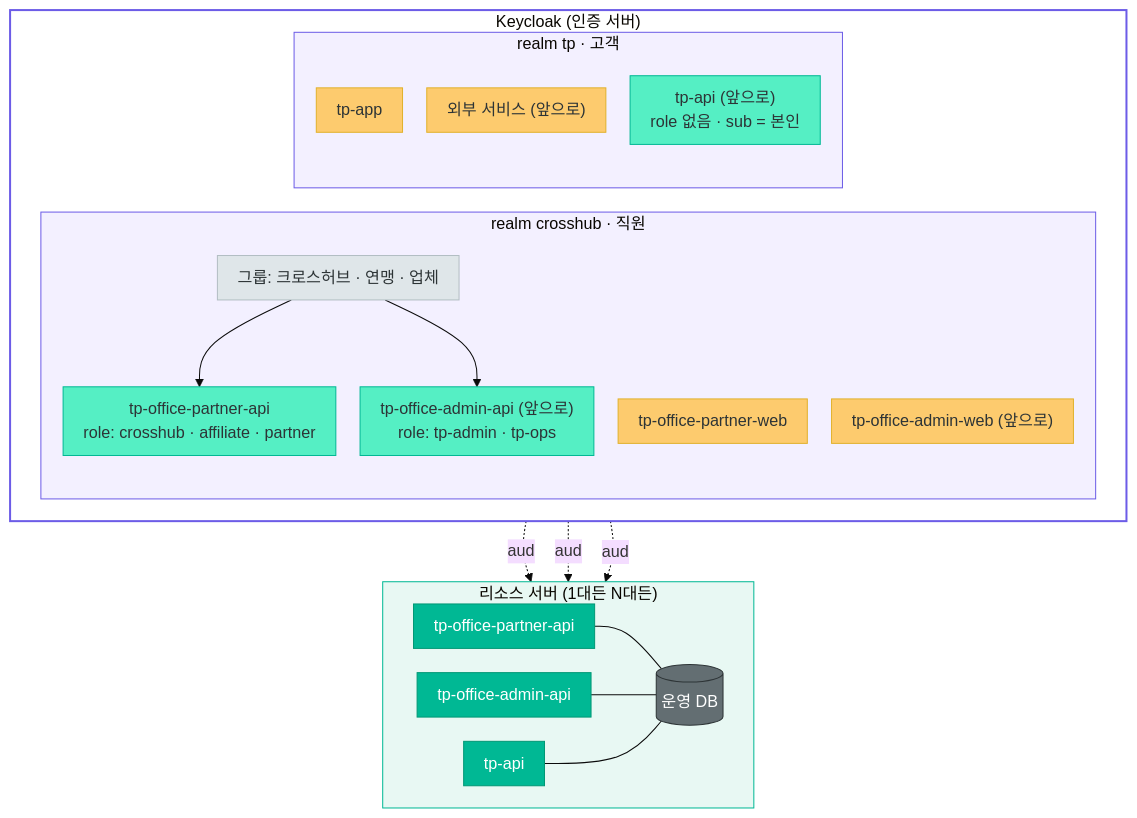
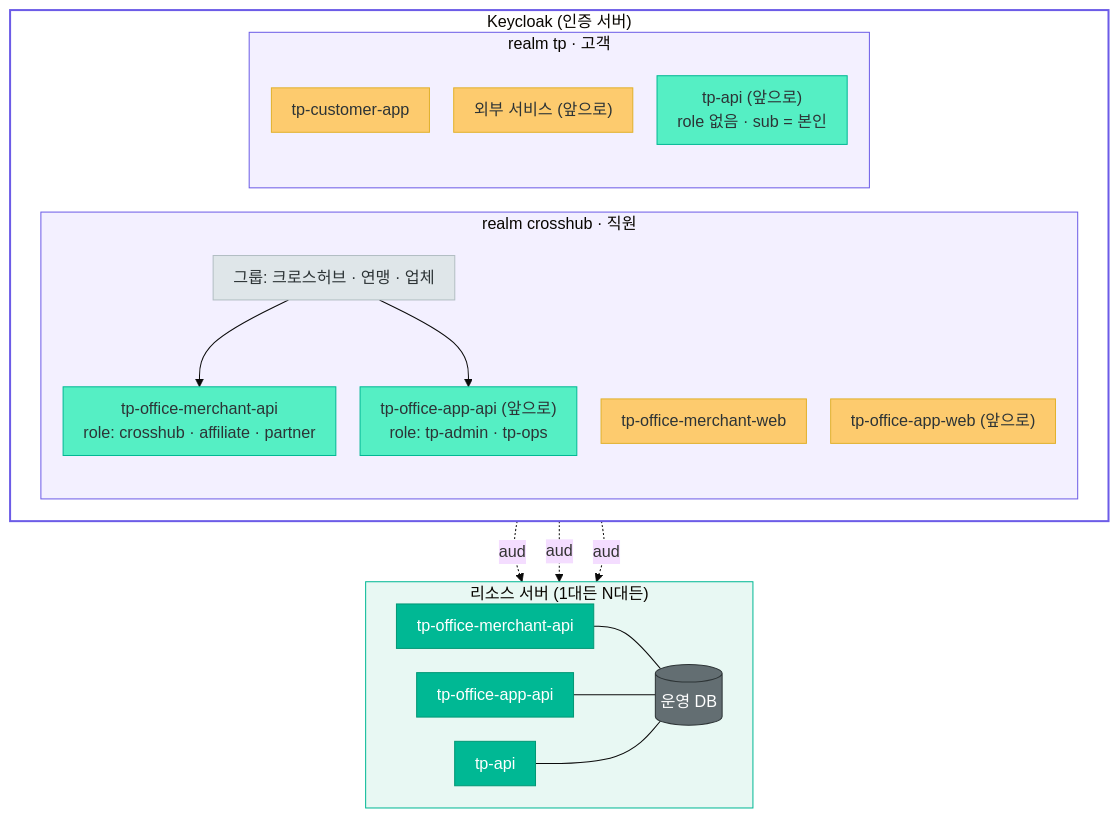
One commit to crosshub-poc-backoffice/travelpass-backoffice-BE changed the second of 4 diagrams in docs/architecture-overview.md. Above: the diagram before and after it, drawn with Mermaid (base theme). The commit also changed other lines of this file and 17 other files, not shown here.

````diff
--- a/docs/architecture-overview.md
+++ b/docs/architecture-overview.md
@@ -72,53 +72,53 @@
 ```mermaid
 %%{init: {"flowchart": {"wrappingWidth": 480, "nodeSpacing": 24, "rankSpacing": 36, "padding": 10}}}%%
 flowchart TB
   subgraph KC["Keycloak (인증 서버)"]
     direction LR
     subgraph R1["realm crosshub · 직원"]
       direction TB
       G1["그룹: 크로스허브 · 연맹 · 업체"]
-      L1a["tp-office-partner-web"]
-      L1b["tp-office-admin-web (앞으로)"]
-      N1a["tp-office-partner-api<br/>role: crosshub · affiliate · partner"]
-      N1b["tp-office-admin-api (앞으로)<br/>role: tp-admin · tp-ops"]
+      L1a["tp-office-merchant-web"]
+      L1b["tp-office-app-web (앞으로)"]
+      N1a["tp-office-merchant-api<br/>role: crosshub · affiliate · partner"]
+      N1b["tp-office-app-api (앞으로)<br/>role: tp-admin · tp-ops"]
       G1 --> N1a
       G1 --> N1b
     end
     subgraph R2["realm tp · 고객"]
       direction TB
-      L2a["tp-app"]
+      L2a["tp-customer-app"]
       L2b["외부 서비스 (앞으로)"]
       N2["tp-api (앞으로)<br/>role 없음 · sub = 본인"]
     end
   end
 
   subgraph RS["리소스 서버 (1대든 N대든)"]
     direction LR
-    P["tp-office-partner-api"]
-    O["tp-office-admin-api"]
+    P["tp-office-merchant-api"]
+    O["tp-office-app-api"]
     T["tp-api"]
     DB[("운영 DB")]
     P --- DB
     O --- DB
     T --- DB
   end
 
   N1a -. aud .-> P
   N1b -. aud .-> O
   N2 -. aud .-> T
 
   classDef app fill:#FDCB6E,stroke:#e1b12c,color:#2d3436
   classDef tag fill:#55efc4,stroke:#00B894,color:#2d3436
   classDef grp fill:#dfe6e9,stroke:#b2bec3,color:#2d3436
   classDef rs fill:#00B894,stroke:#019875,color:#fff
   classDef db fill:#636e72,stroke:#2d3436,color:#fff
   class L1a,L1b,L2a,L2b app
   class N1a,N1b,N2 tag
   class G1 grp
   class P,O,T rs
   class DB db
   style R1 fill:#f3f0ff,stroke:#6C5CE7
   style R2 fill:#f3f0ff,stroke:#6C5CE7
   style KC fill:#ffffff,stroke:#6C5CE7,stroke-width:2px
   style RS fill:#e8f8f3,stroke:#00B894
 ```
````
